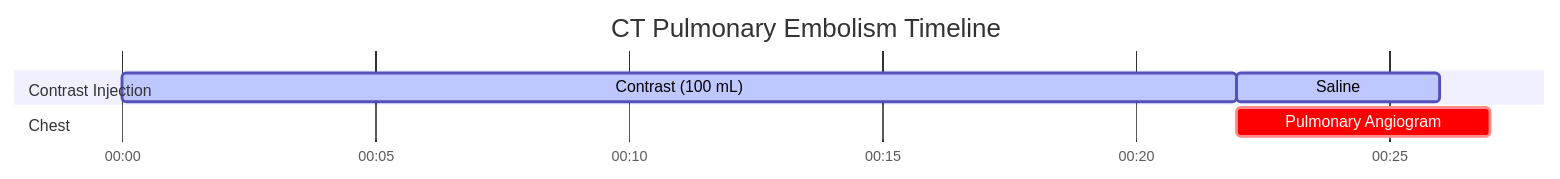
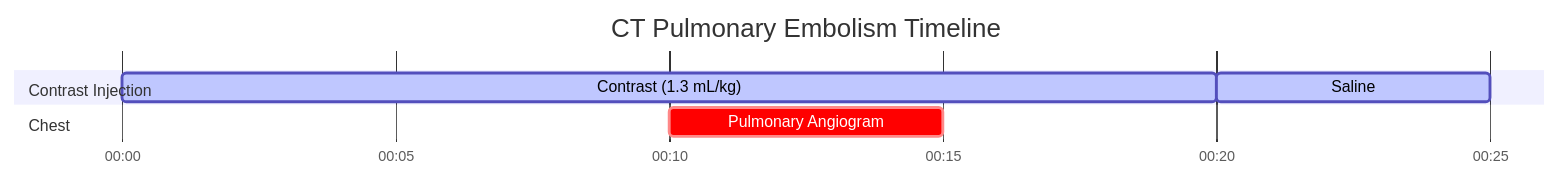
The diagram in docs/ct/chest/ct-pulmonary-embolism.md (dfergs93/radiology-protocols), drawn with Mermaid before and after one commit. The commit also changed other lines of this file and 26 other files, not shown here.

````diff
--- a/docs/ct/chest/ct-pulmonary-embolism.md
+++ b/docs/ct/chest/ct-pulmonary-embolism.md
@@ -85,18 +86,18 @@
   ```mermaid
   ---
   displayMode: compact
   config:
     theme: default
     themeCSS: " #Saline{ fill: #4ed5ff; stroke: #2094f3; } "
   ---
     gantt
       title CT Pulmonary Embolism Timeline
       dateFormat mm:ss
       axisFormat %M:%S 
       
       section Contrast Injection
-      Contrast (100 mL)    :active, contrast, 00:00, 22s
-      Saline          :active, saline, after contrast, 4s
+      Contrast (1.3 mL/kg)    :active, contrast, 00:00, 20s
+      Saline          :active, saline, after contrast, 5s
       section Chest
-      Pulmonary Angiogram    :crit, scan1, after contrast, 5s
+      Pulmonary Angiogram    :crit, scan1, 00:10, 5s
   ```
````
